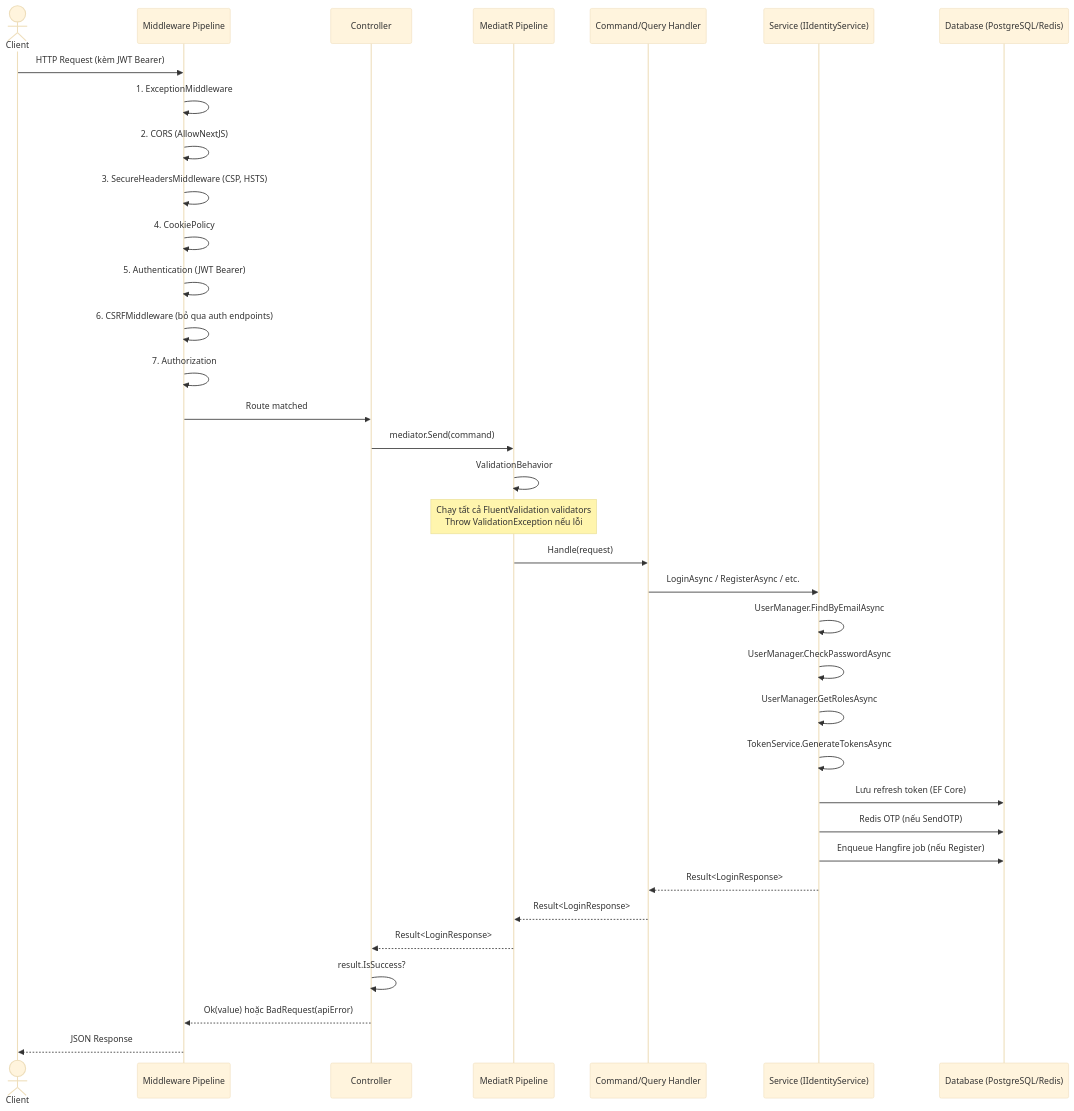
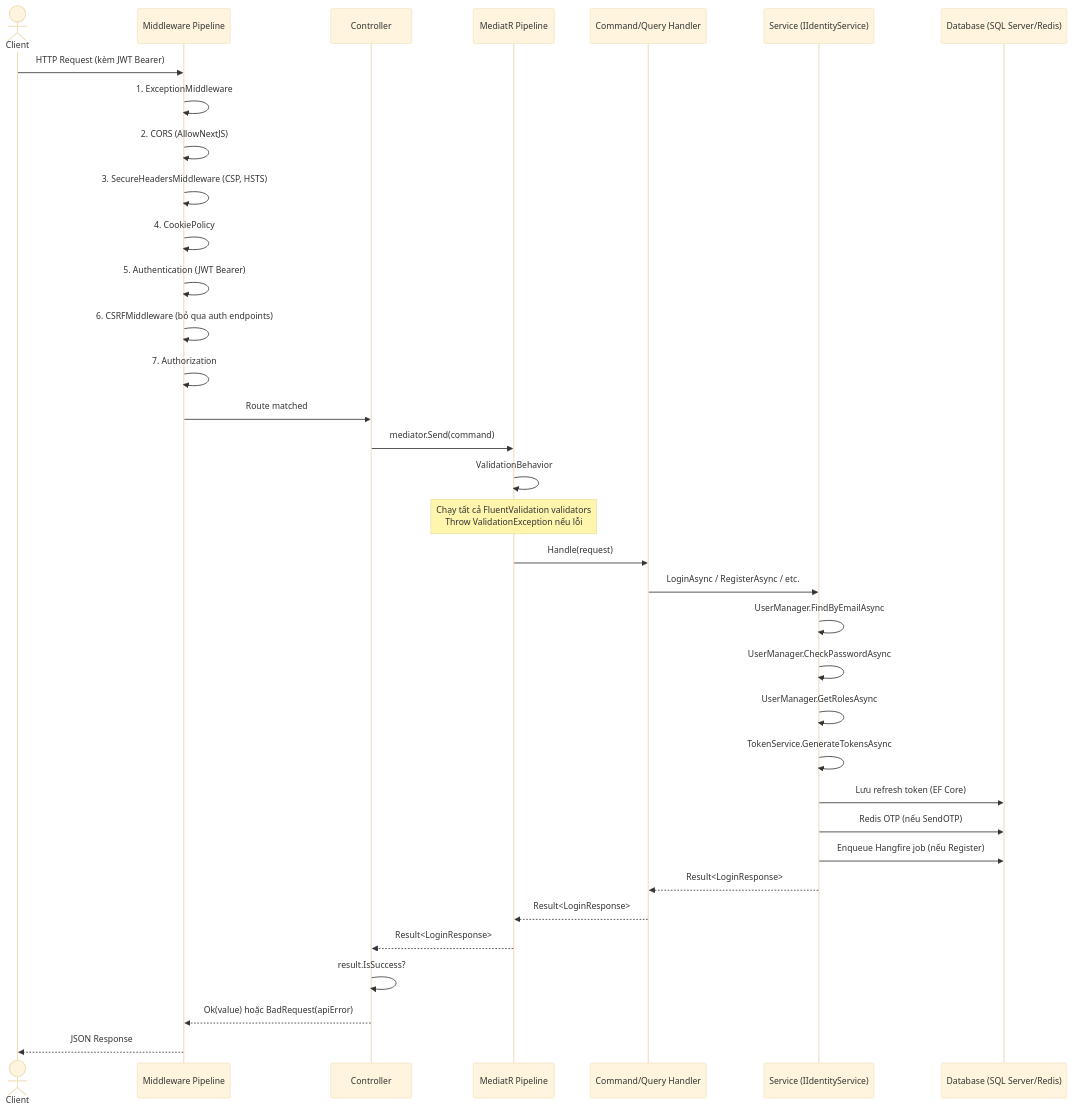
The second of 2 diagrams in AuthApi.WebApi/docs/01_BACKEND_ARCHITECTURE.md (TNP-Travel-Now-Project/tnp-api), drawn with Mermaid (base theme) before and after one commit. The commit also changed other lines of this file and 5 other files, not shown here.

Commit message:
fix(docs): TNP-TuanNT Update document '.md' business logic flow

````diff
--- a/AuthApi.WebApi/docs/01_BACKEND_ARCHITECTURE.md
+++ b/AuthApi.WebApi/docs/01_BACKEND_ARCHITECTURE.md
@@ -247,43 +248,43 @@
 ```mermaid
 sequenceDiagram
     actor Client
     participant MW as Middleware Pipeline
     participant Ctrl as Controller
     participant MP as MediatR Pipeline
     participant H as Command/Query Handler
     participant Svc as Service (IIdentityService)
-    participant DB as Database (PostgreSQL/Redis)
+    participant DB as Database (SQL Server/Redis)
 
     Client->>MW: HTTP Request (kèm JWT Bearer)
     
     MW->>MW: 1. ExceptionMiddleware
     MW->>MW: 2. CORS (AllowNextJS)
     MW->>MW: 3. SecureHeadersMiddleware (CSP, HSTS)
     MW->>MW: 4. CookiePolicy
     MW->>MW: 5. Authentication (JWT Bearer)
     MW->>MW: 6. CSRFMiddleware (bỏ qua auth endpoints)
     MW->>MW: 7. Authorization
     
     MW->>Ctrl: Route matched
     Ctrl->>MP: mediator.Send(command)
     
     MP->>MP: ValidationBehavior
     Note over MP: Chạy tất cả FluentValidation validators<br/>Throw ValidationException nếu lỗi
     
     MP->>H: Handle(request)
     H->>Svc: LoginAsync / RegisterAsync / etc.
     Svc->>Svc: UserManager.FindByEmailAsync
     Svc->>Svc: UserManager.CheckPasswordAsync
     Svc->>Svc: UserManager.GetRolesAsync
     Svc->>Svc: TokenService.GenerateTokensAsync
     Svc->>DB: Lưu refresh token (EF Core)
     Svc->>DB: Redis OTP (nếu SendOTP)
     Svc->>DB: Enqueue Hangfire job (nếu Register)
     Svc-->>H: Result<LoginResponse>
     H-->>MP: Result<LoginResponse>
     MP-->>Ctrl: Result<LoginResponse>
     
     Ctrl->>Ctrl: result.IsSuccess?
     Ctrl-->>MW: Ok(value) hoặc BadRequest(apiError)
     MW-->>Client: JSON Response
 ```
````
